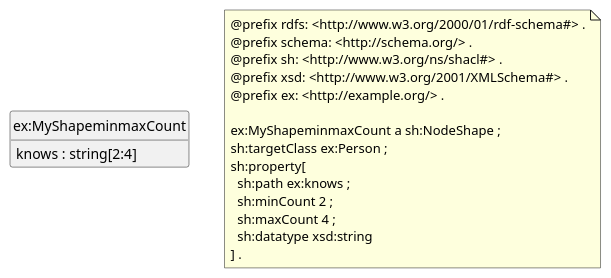
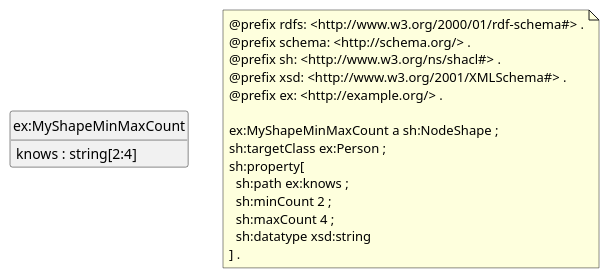
Before and after one commit to sparna-git/shacl-play: the diagram in shacl-diagram/src/specs/08-minmaxCount/expected.iuml, drawn with PlantUML. The commit also changed 38 other files, not shown here.

```diff
--- a/shacl-diagram/src/specs/08-minmaxCount/expected.iuml
+++ b/shacl-diagram/src/specs/08-minmaxCount/expected.iuml
@@ -1,24 +1,24 @@
 @startuml
-class "ex:MyShapeminmaxCount" 
-"ex:MyShapeminmaxCount" : knows : string[2:4]
+class "ex:MyShapeMinMaxCount" 
+"ex:MyShapeMinMaxCount" : knows : string[2:4]
 
 note as N1
 @prefix rdfs: <http://www.w3.org/2000/01/rdf-schema#> .
 @prefix schema: <http://schema.org/> .
 @prefix sh: <http://www.w3.org/ns/shacl#> .
 @prefix xsd: <http://www.w3.org/2001/XMLSchema#> .
 @prefix ex: <http://example.org/> .
 
-ex:MyShapeminmaxCount a sh:NodeShape ;
+ex:MyShapeMinMaxCount a sh:NodeShape ;
 sh:targetClass ex:Person ;
 sh:property[
   sh:path ex:knows ;
   sh:minCount 2 ;
   sh:maxCount 4 ;
   sh:datatype xsd:string
 ] .
 end note
 
 hide circle
 hide empty members
 @enduml
```
